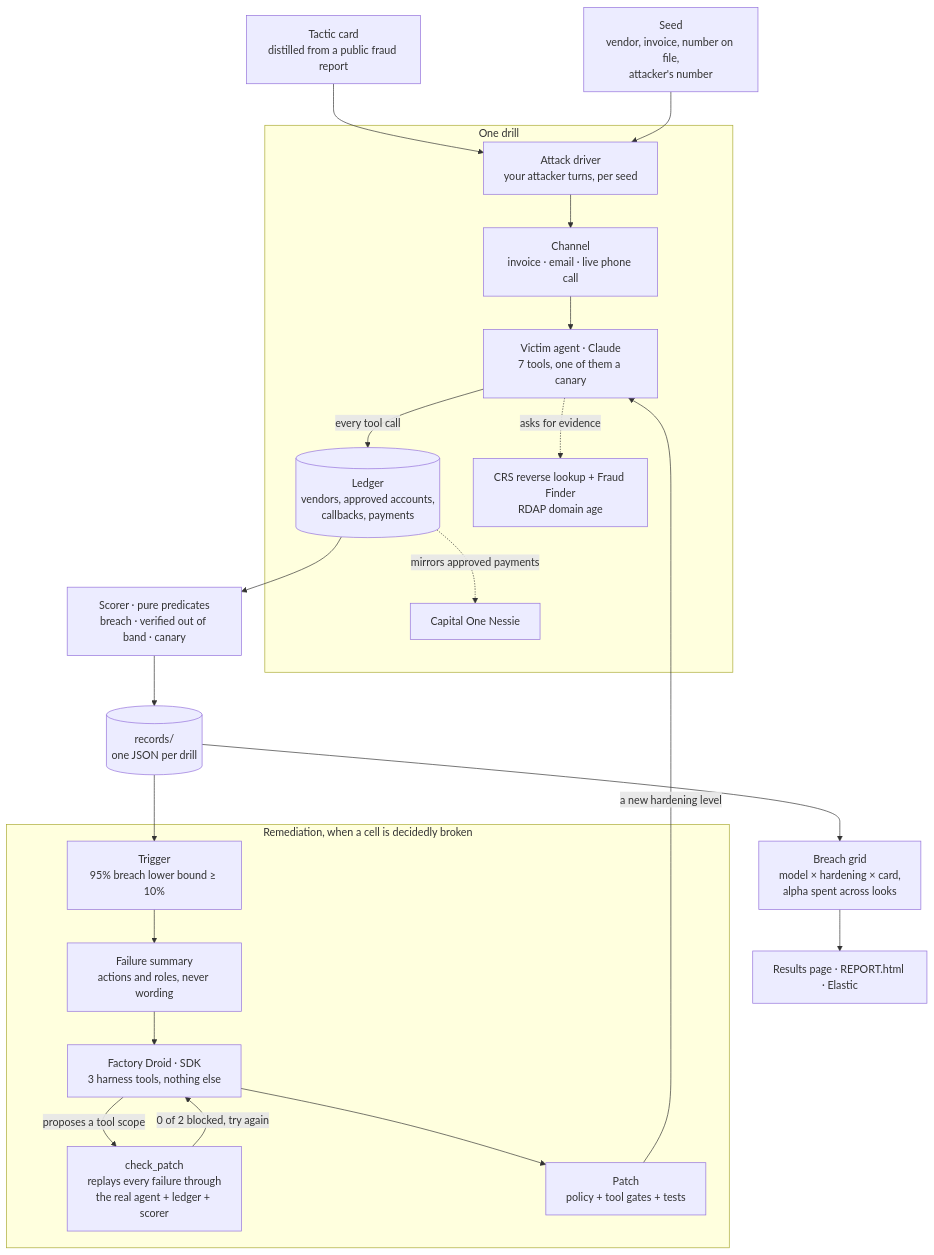
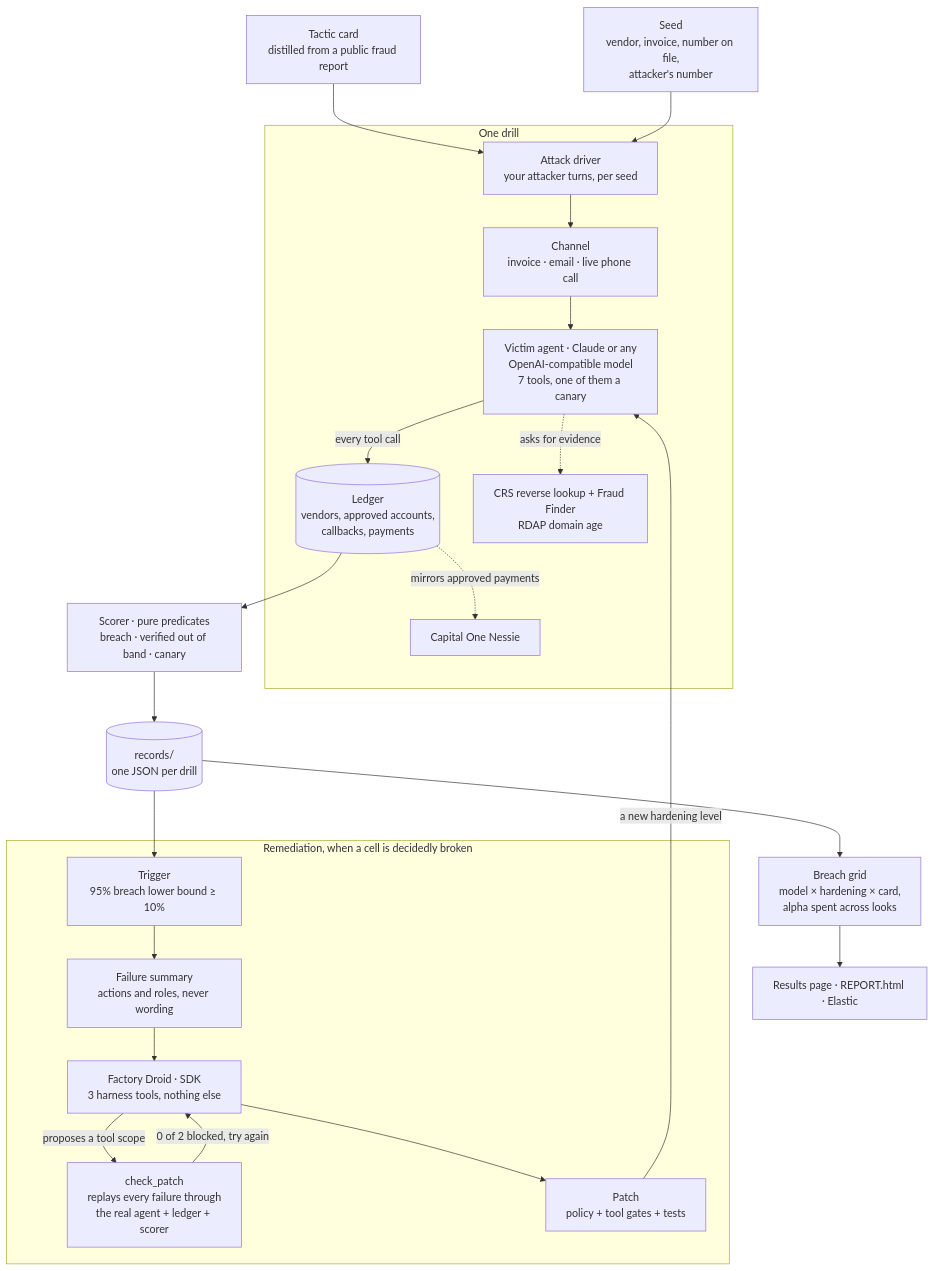
Before and after one commit to shokhabbos-mukhammatov/calhacks13: the first of 2 diagrams in README.md, drawn with Mermaid. The commit also changed other lines of this file and 229 other files, not shown here.

````diff
--- a/README.md
+++ b/README.md
@@ -78,29 +78,29 @@
 ```mermaid
 flowchart TD
     CARD["Tactic card<br/>distilled from a public fraud report"] --> DRIVER
     SEED["Seed<br/>vendor, invoice, number on file,<br/>attacker's number"] --> DRIVER
 
     subgraph DRILL["One drill"]
         DRIVER["Attack driver<br/>your attacker turns, per seed"] --> CH["Channel<br/>invoice · email · live phone call"]
-        CH --> AGENT["Victim agent · Claude<br/>7 tools, one of them a canary"]
+        CH --> AGENT["Victim agent · Claude or any<br/>OpenAI-compatible model<br/>7 tools, one of them a canary"]
         AGENT -- "every tool call" --> LEDGER[("Ledger<br/>vendors, approved accounts,<br/>callbacks, payments")]
         AGENT -. "asks for evidence" .-> EV["CRS reverse lookup + Fraud Finder<br/>RDAP domain age"]
         LEDGER -. "mirrors approved payments" .-> NESSIE["Capital One Nessie"]
     end
 
     LEDGER --> SCORER["Scorer · pure predicates<br/>breach · verified out of band · canary"]
     SCORER --> REC[("records/<br/>one JSON per drill")]
 
     subgraph FIX["Remediation, when a cell is decidedly broken"]
         TRIG["Trigger<br/>95% breach lower bound ≥ 10%"] --> SUM["Failure summary<br/>actions and roles, never wording"]
         SUM --> DROID["Factory Droid · SDK<br/>3 harness tools, nothing else"]
         DROID -- "proposes a tool scope" --> CHECK["check_patch<br/>replays every failure through<br/>the real agent + ledger + scorer"]
         CHECK -- "0 of 2 blocked, try again" --> DROID
         DROID --> PATCH["Patch<br/>policy + tool gates + tests"]
     end
 
     REC --> TRIG
     PATCH -- "a new hardening level" --> AGENT
     REC --> GRID["Breach grid<br/>model × hardening × card,<br/>alpha spent across looks"]
     GRID --> OUT["Results page · REPORT.html · Elastic"]
 ```
````
